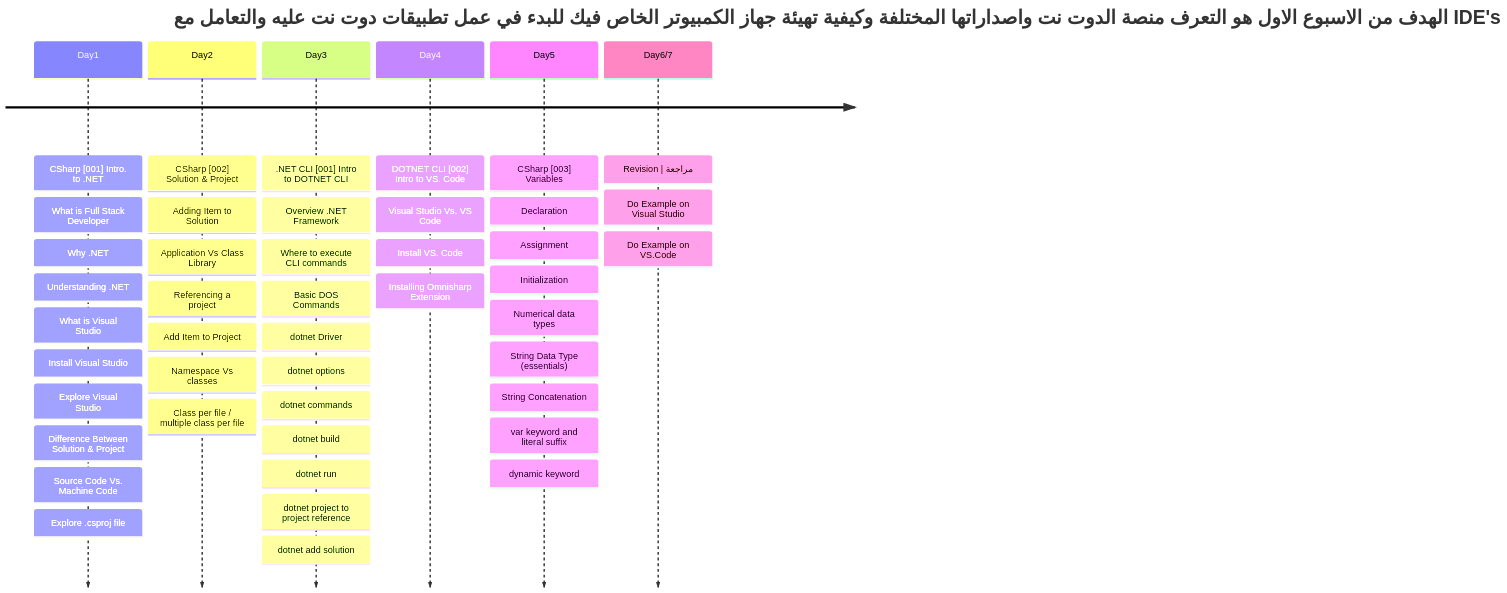
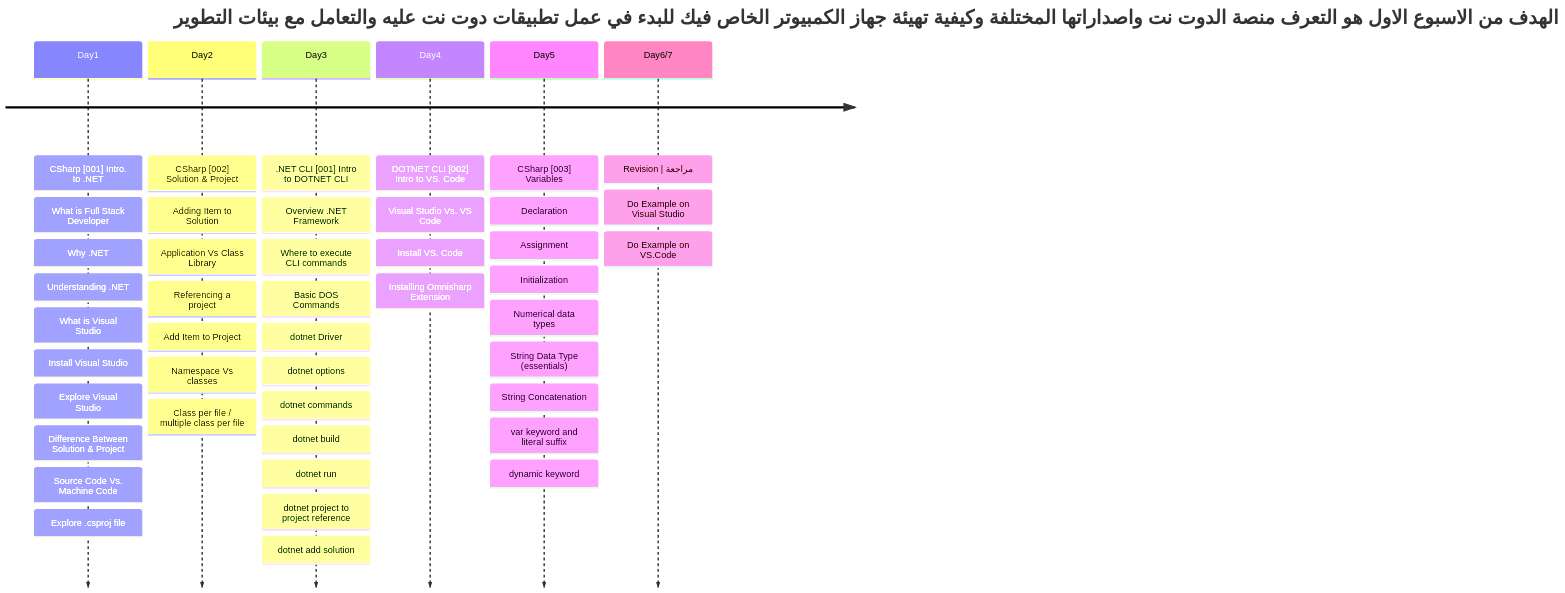
One commit to metigator/Roadmap changed the first of 3 diagrams in README.md. Above: the diagram before and after it, drawn with Mermaid.

````diff
--- a/README.md
+++ b/README.md
@@ -5,49 +5,49 @@
 ```mermaid
 timeline
-    title  الهدف من الاسبوع الاول هو التعرف منصة الدوت نت واصداراتها المختلفة وكيفية تهيئة جهاز الكمبيوتر الخاص فيك للبدء في عمل تطبيقات دوت نت عليه والتعامل مع IDE's   
+    title  الهدف من الاسبوع الاول هو التعرف منصة الدوت نت واصداراتها المختلفة وكيفية تهيئة جهاز الكمبيوتر الخاص فيك للبدء في عمل تطبيقات دوت نت عليه والتعامل مع  بيئات التطوير  
     Day1 : CSharp [001] Intro. to .NET
          : What is Full Stack Developer
          : Why .NET
          : Understanding .NET
          : What is Visual Studio
          : Install Visual Studio
          : Explore Visual Studio
          : Difference Between Solution & Project
          : Source Code Vs. Machine Code
          : Explore .csproj file
     Day2 : CSharp [002] Solution & Project
          : Adding Item to Solution
          : Application Vs Class Library
          : Referencing a project
          : Add Item to Project
          : Namespace Vs classes
          : Class per file / multiple class per file 
     Day3 : .NET CLI [001] Intro to DOTNET CLI
          : Overview .NET Framework
          : Where to execute CLI commands
          : Basic DOS Commands
          : dotnet Driver
          : dotnet options
          : dotnet commands
          : dotnet build
          : dotnet run
          : dotnet project to project reference
          : dotnet add solution
     Day4 : DOTNET CLI [002] Intro to VS. Code
          : Visual Studio Vs. VS Code
          : Install VS. Code
          : Installing Omnisharp Extension
     Day5 : CSharp [003] Variables 
          : Declaration
          : Assignment
          : Initialization
          : Numerical data types
          : String Data Type (essentials)
          : String Concatenation
          : var keyword and literal suffix
          : dynamic keyword
   Day6/7 : Revision | مراجعة
          : Do Example on Visual Studio
          : Do Example on VS.Code
          
 ```
````
